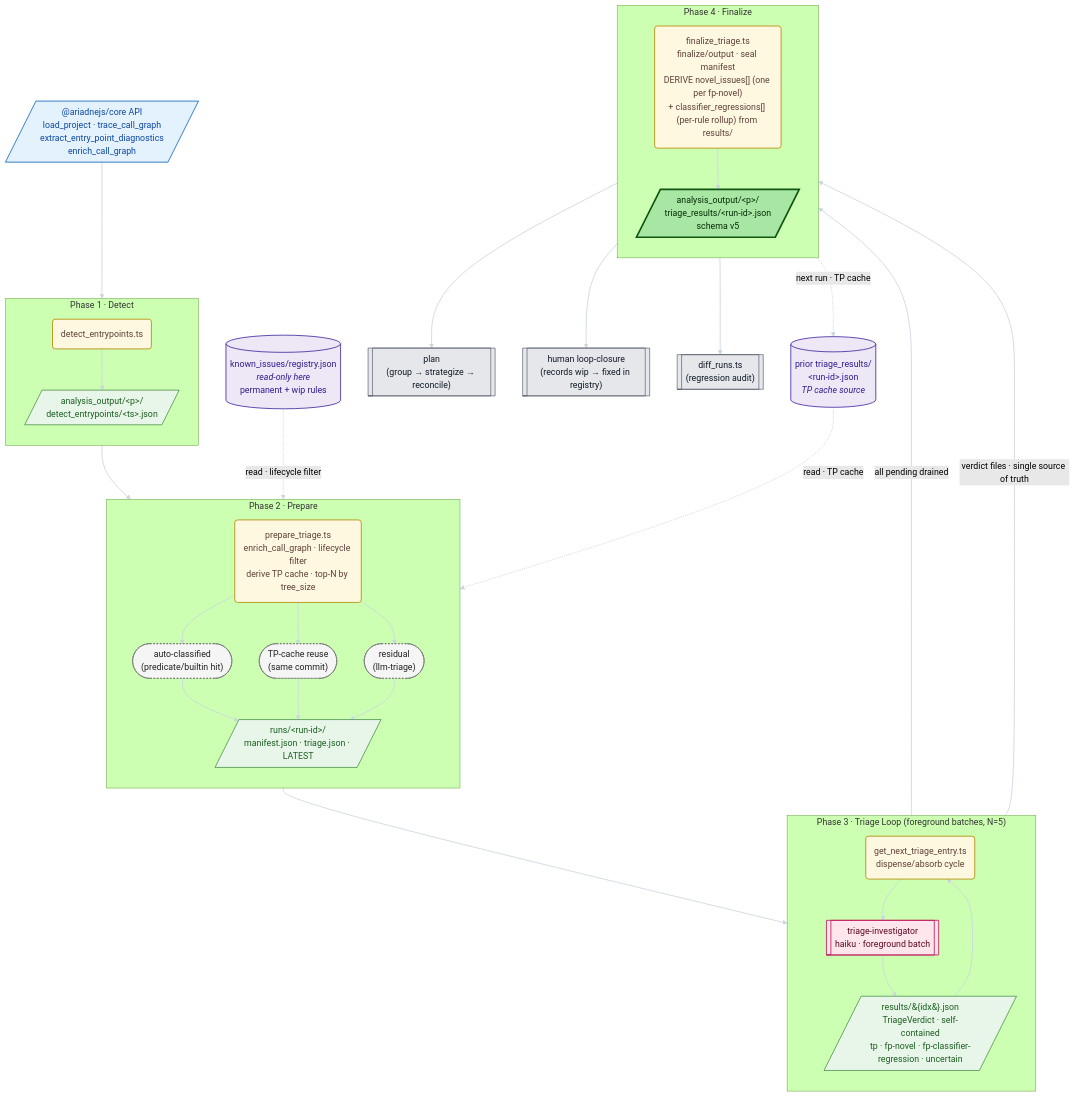
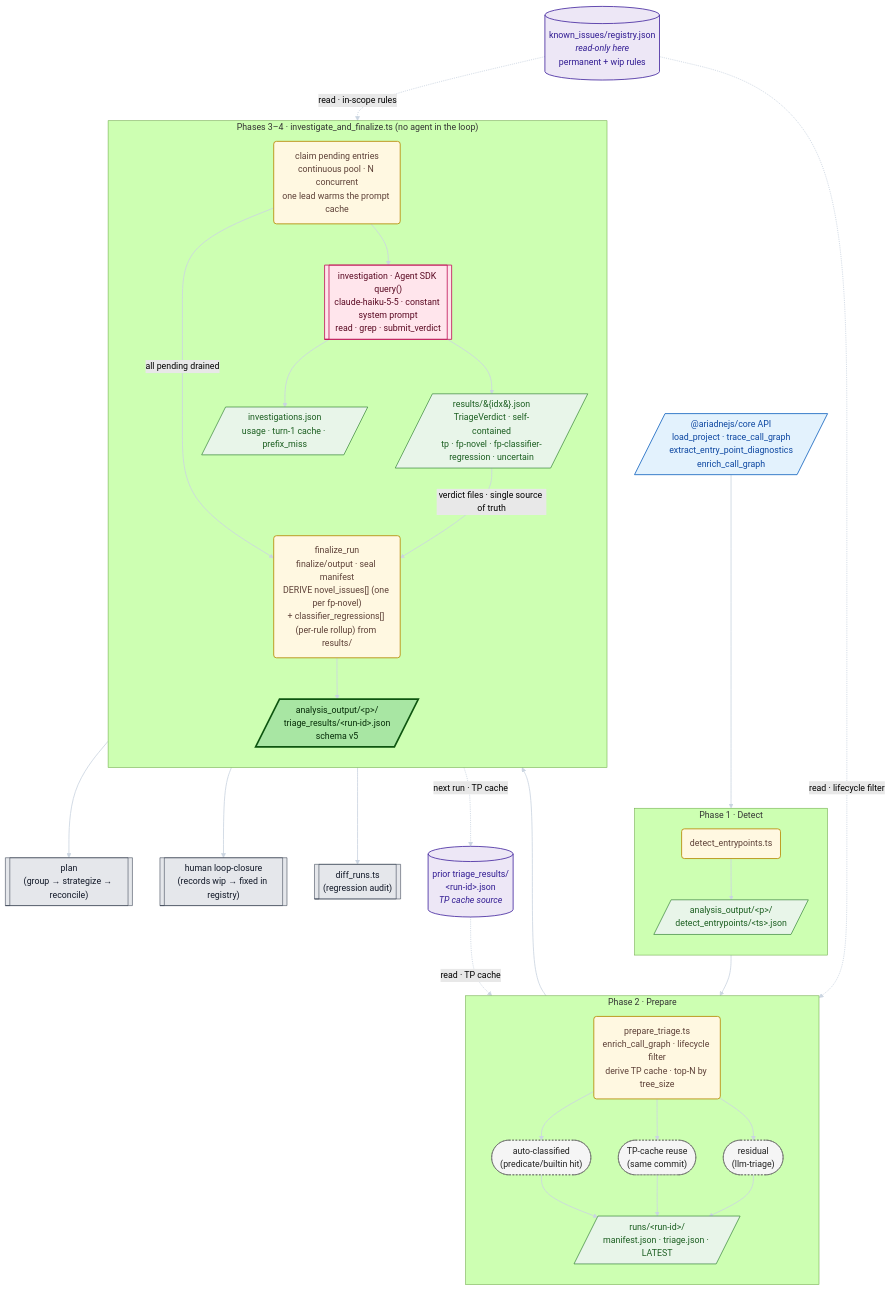
Before and after one commit to CRJFisher/ariadne: the diagram in .claude/skills/triage/README.per-step.mmd, drawn with Mermaid (forest theme). The commit also changed 66 other files, not shown here.

First line of the commit message:
fix: update README.per-step.svg with new SVG rendering

```diff
--- a/.claude/skills/triage/README.per-step.mmd
+++ b/.claude/skills/triage/README.per-step.mmd
@@ -1,73 +1,71 @@
 flowchart TD
   classDef ext        fill:#e3f2fd,stroke:#1565c0,stroke-width:1.5px,color:#0d47a1
   classDef store      fill:#ede7f6,stroke:#4527a0,stroke-width:1.5px,color:#311b92
   classDef artifact   fill:#e8f5e9,stroke:#2e7d32,stroke-width:1.2px,color:#1b5e20
   classDef step       fill:#fff8e1,stroke:#b58900,stroke-width:1.5px,color:#5d4037
   classDef agent      fill:#ffe5ec,stroke:#c2185b,stroke-width:1.5px,color:#5a0922
   classDef inter      fill:#f5f5f5,stroke:#616161,stroke-width:1px,color:#212121,stroke-dasharray:3 3
   classDef published  fill:#a8e6a3,stroke:#0e5510,stroke-width:3px,color:#062c08
   classDef downstream fill:#e5e7eb,stroke:#374151,stroke-width:1px,color:#111827
 
   CORE[/"@ariadnejs/core API<br/>load_project · trace_call_graph<br/>extract_entry_point_diagnostics<br/>enrich_call_graph"/]:::ext
 
   REG[("known_issues/registry.json<br/><i>read-only here</i><br/>permanent + wip rules")]:::store
   PRIOR[("prior triage_results/<br/>&lt;run-id&gt;.json<br/><i>TP cache source</i>")]:::store
 
   subgraph P1["Phase 1 · Detect"]
     direction TB
     S1("detect_entrypoints.ts"):::step
     A1[/"analysis_output/&lt;p&gt;/<br/>detect_entrypoints/&lt;ts&gt;.json"/]:::artifact
   end
 
   subgraph P2["Phase 2 · Prepare"]
     direction TB
     S2("prepare_triage.ts<br/>enrich_call_graph · lifecycle filter<br/>derive TP cache · top-N by tree_size"):::step
     I_AUTO(["auto-classified<br/>(predicate/builtin hit)"]):::inter
     I_TP(["TP-cache reuse<br/>(same commit)"]):::inter
     I_RES(["residual<br/>(llm-triage)"]):::inter
     A2[/"runs/&lt;run-id&gt;/<br/>manifest.json · triage.json · LATEST"/]:::artifact
   end
 
-  subgraph P3["Phase 3 · Triage Loop (foreground batches, N=5)"]
+  subgraph P34["Phases 3–4 · investigate_and_finalize.ts (no agent in the loop)"]
     direction TB
-    S3("get_next_triage_entry.ts<br/>dispense/absorb cycle"):::step
-    AG3[["triage-investigator<br/>haiku · foreground batch"]]:::agent
+    S3("claim pending entries<br/>continuous pool · N concurrent<br/>one lead warms the prompt cache"):::step
+    AG3[["investigation · Agent SDK query()<br/>claude-haiku-5-5 · constant system prompt<br/>read · grep · submit_verdict"]]:::agent
     A3[/"results/&#123;idx&#125;.json<br/>TriageVerdict · self-contained<br/>tp · fp-novel · fp-classifier-regression · uncertain"/]:::artifact
-  end
-
-  subgraph P4["Phase 4 · Finalize"]
-    direction TB
-    S5("finalize_triage.ts<br/>finalize/output · seal manifest<br/>DERIVE novel_issues[] (one per fp-novel)<br/>+ classifier_regressions[] (per-rule rollup) from results/"):::step
+    A3U[/"investigations.json<br/>usage · turn-1 cache · prefix_miss"/]:::artifact
+    S5("finalize_run<br/>finalize/output · seal manifest<br/>DERIVE novel_issues[] (one per fp-novel)<br/>+ classifier_regressions[] (per-rule rollup) from results/"):::step
     PUB[/"analysis_output/&lt;p&gt;/<br/>triage_results/&lt;run-id&gt;.json<br/>schema v5"/]:::published
   end
 
   CUR[["plan<br/>(group → strategize → reconcile)"]]:::downstream
   FX[["human loop-closure<br/>(records wip → fixed in registry)"]]:::downstream
   DIF[["diff_runs.ts<br/>(regression audit)"]]:::downstream
 
   CORE --> S1
   S1 --> A1 --> S2
   REG -. "read · lifecycle filter" .-> S2
   PRIOR -. "read · TP cache" .-> S2
 
   S2 --> I_AUTO
   S2 --> I_TP
   S2 --> I_RES
   I_AUTO --> A2
   I_TP --> A2
   I_RES --> A2
 
   A2 --> S3
+  REG -. "read · in-scope rules" .-> AG3
   S3 --> AG3 --> A3
-  A3 --> S3
+  AG3 --> A3U
   S3 -- "all pending drained" --> S5
   A3 -- "verdict files · single source of truth" --> S5
   S5 --> PUB
 
   PUB --> CUR
   PUB --> FX
   PUB --> DIF
 
   PUB -. "next run · TP cache" .-> PRIOR
 
   linkStyle default stroke:#cbd5e1,stroke-width:1.5px
```
